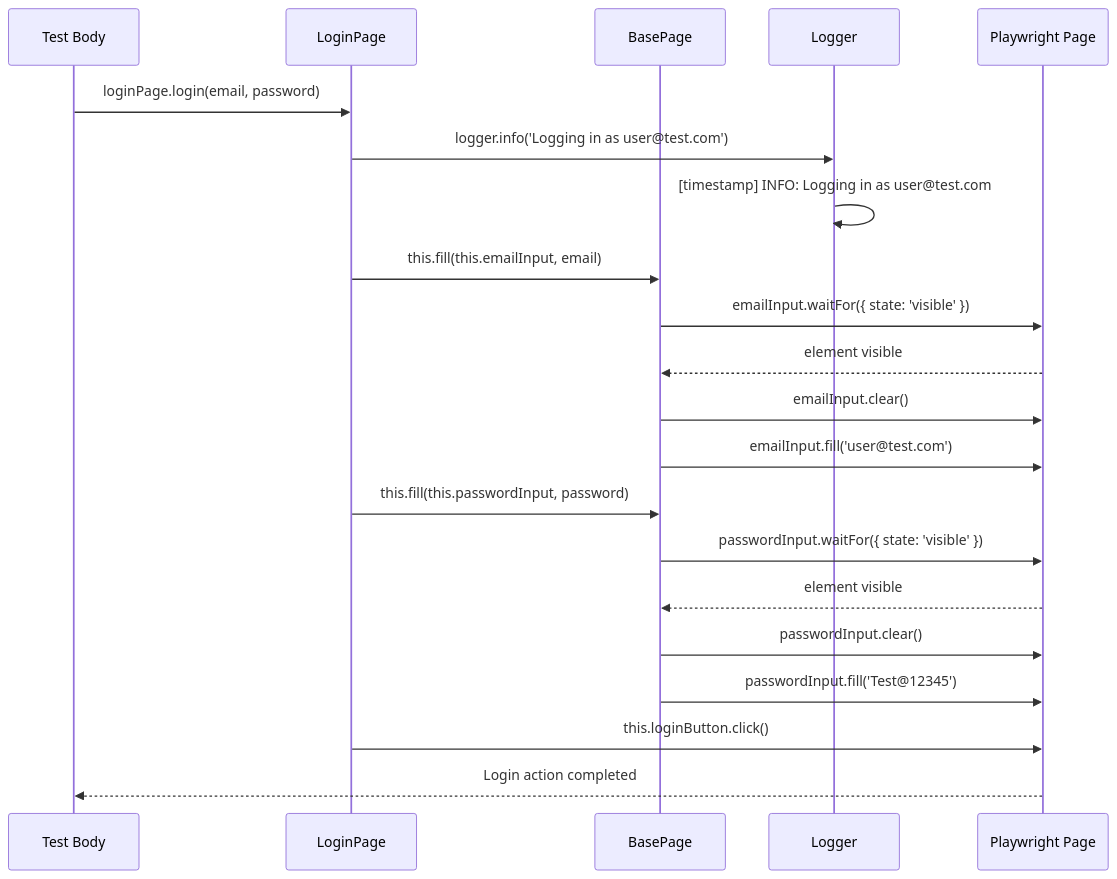
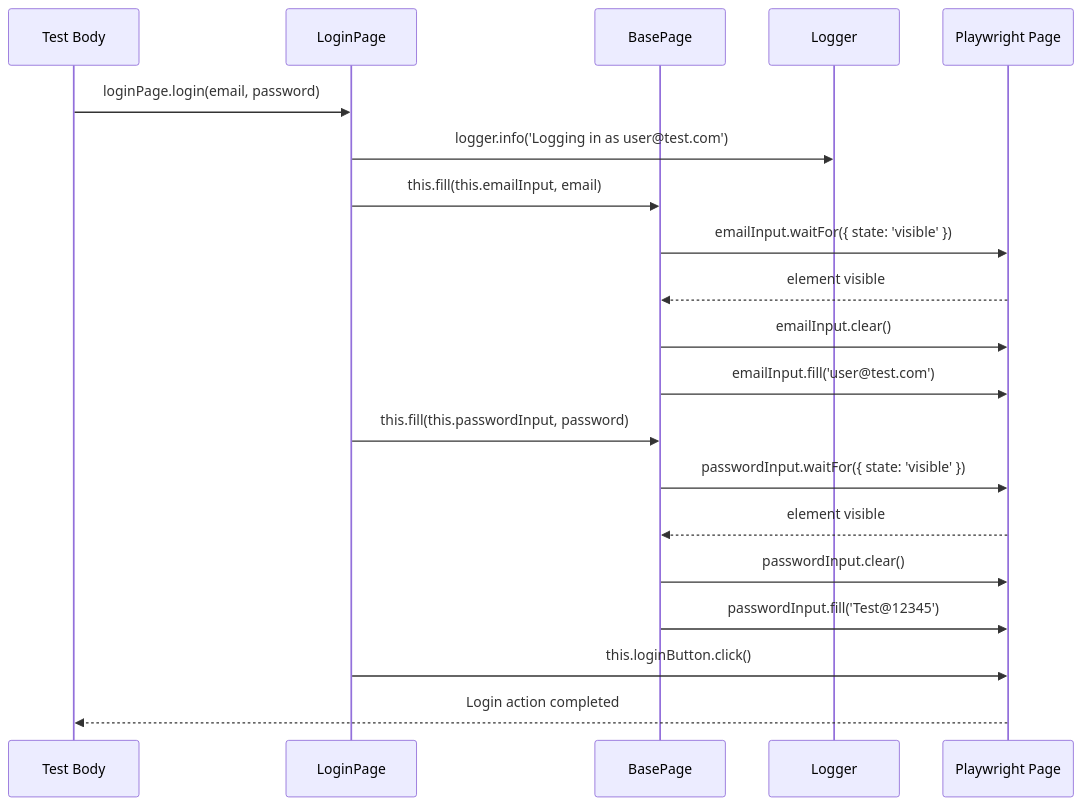
One commit to MahmoudSDET/Playwright-UI-API changed the seventh of 11 diagrams in playwright-framework/Framework-Architecture.md. Above: the diagram before and after it, drawn with Mermaid. The commit also changed other lines of this file and 9 other files, not shown here.

````diff
--- a/playwright-framework/Framework-Architecture.md
+++ b/playwright-framework/Framework-Architecture.md
@@ -613,27 +501,26 @@
 ```mermaid
 sequenceDiagram
     participant Test as Test Body
     participant LP as LoginPage
     participant BP as BasePage
     participant Log as Logger
     participant PW as Playwright Page
 
     Test->>LP: loginPage.login(email, password)
     LP->>Log: logger.info('Logging in as user@test.com')
-    Log->>Log: [timestamp] INFO: Logging in as user@test.com
 
     LP->>BP: this.fill(this.emailInput, email)
     BP->>PW: emailInput.waitFor({ state: 'visible' })
     PW-->>BP: element visible
     BP->>PW: emailInput.clear()
     BP->>PW: emailInput.fill('user@test.com')
 
     LP->>BP: this.fill(this.passwordInput, password)
     BP->>PW: passwordInput.waitFor({ state: 'visible' })
     PW-->>BP: element visible
     BP->>PW: passwordInput.clear()
     BP->>PW: passwordInput.fill('Test@12345')
 
     LP->>PW: this.loginButton.click()
     PW-->>Test: Login action completed
 ```
````
